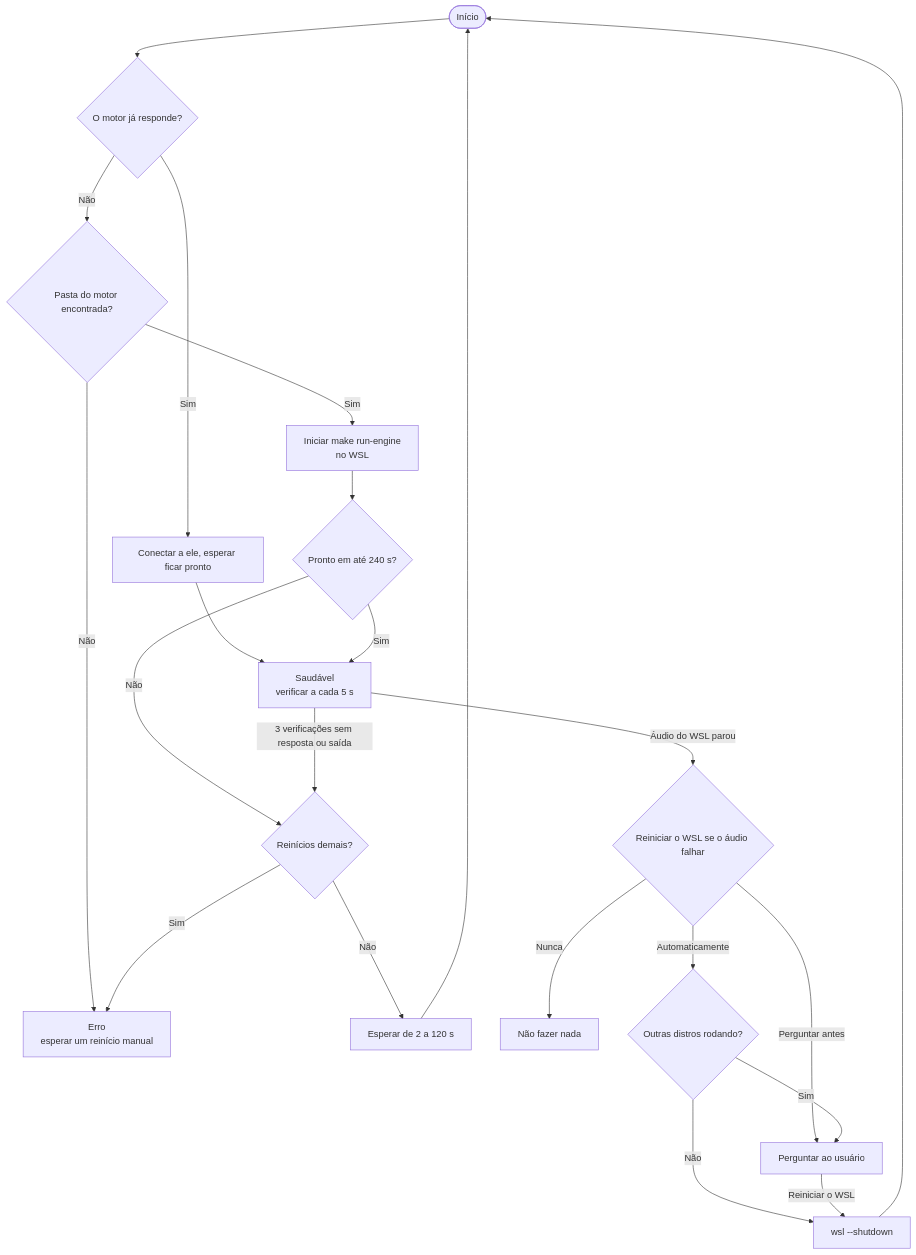
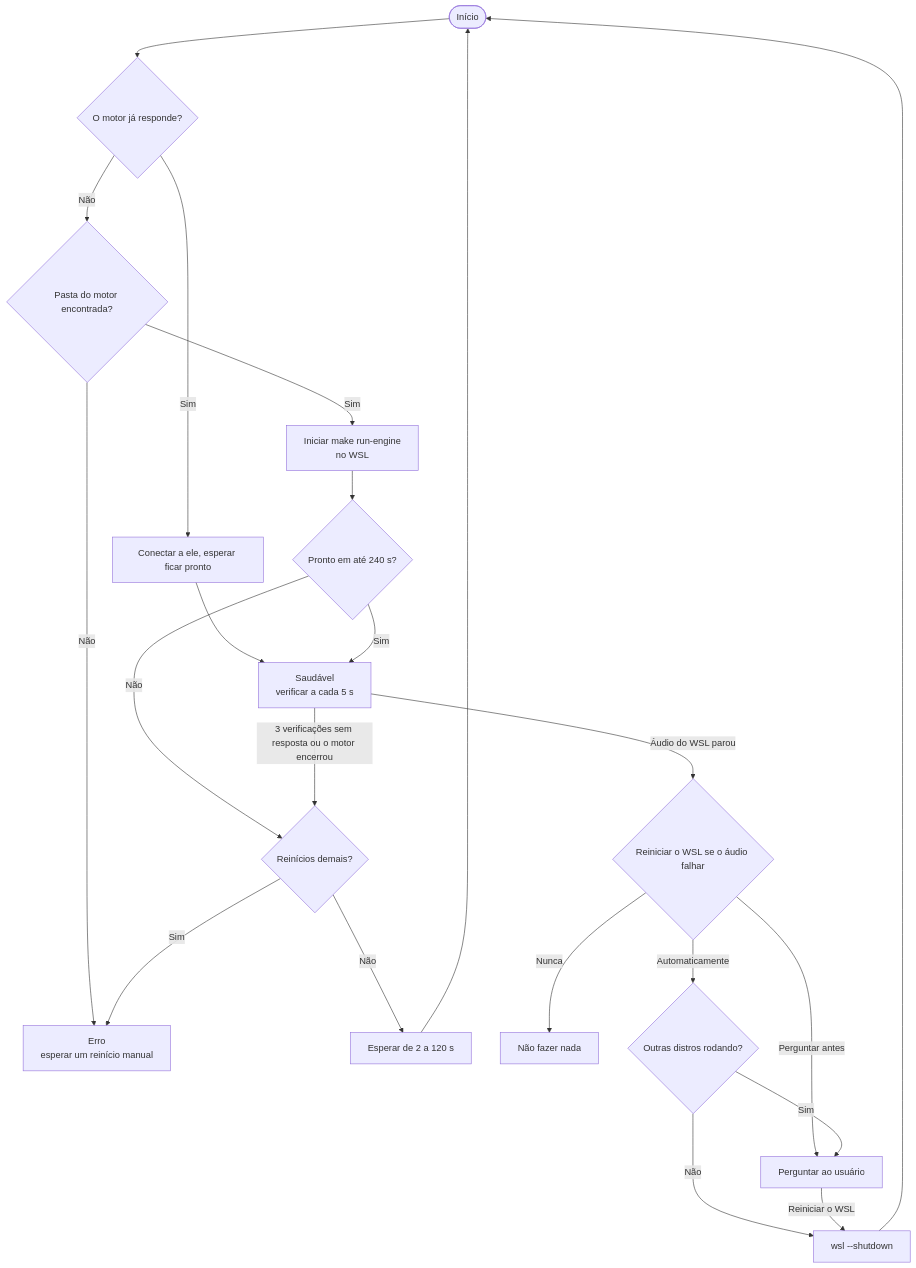
Before and after one commit to nano-br/voice-mate: the fifth of 5 diagrams in README.pt-BR.md, drawn with Mermaid. The commit also changed other lines of this file and 1 other file, not shown here.

````diff
--- a/README.pt-BR.md
+++ b/README.pt-BR.md
@@ -282,23 +282,23 @@
 ```mermaid
 flowchart TD
     launch(["Início"]) --> q_health{"O motor já responde?"}
     q_health -- "Sim" --> attach["Conectar a ele, esperar ficar pronto"] --> healthy
     q_health -- "Não" --> q_dir{"Pasta do motor encontrada?"}
     q_dir -- "Não" --> failed["Erro<br/>esperar um reinício manual"]
     q_dir -- "Sim" --> spawn["Iniciar make run-engine<br/>no WSL"]
     spawn --> q_ready{"Pronto em até 240 s?"}
     q_ready -- "Sim" --> healthy["Saudável<br/>verificar a cada 5 s"]
     q_ready -- "Não" --> q_breaker
-    healthy -->|"3 verificações sem resposta ou saída"| q_breaker{"Reinícios demais?"}
+    healthy -->|"3 verificações sem resposta ou o motor encerrou"| q_breaker{"Reinícios demais?"}
     q_breaker -- "Não" --> backoff["Esperar de 2 a 120 s"]
     backoff --> launch
     q_breaker -- "Sim" --> failed
     healthy -->|"Áudio do WSL parou"| q_policy{"Reiniciar o WSL se o áudio falhar"}
     q_policy -- "Nunca" --> nothing["Não fazer nada"]
     q_policy -- "Perguntar antes" --> ask["Perguntar ao usuário"]
     q_policy -- "Automaticamente" --> q_others{"Outras distros rodando?"}
     q_others -- "Sim" --> ask
     q_others -- "Não" --> wslrestart["wsl --shutdown"]
     ask -- "Reiniciar o WSL" --> wslrestart
     wslrestart --> launch
 ```
````
